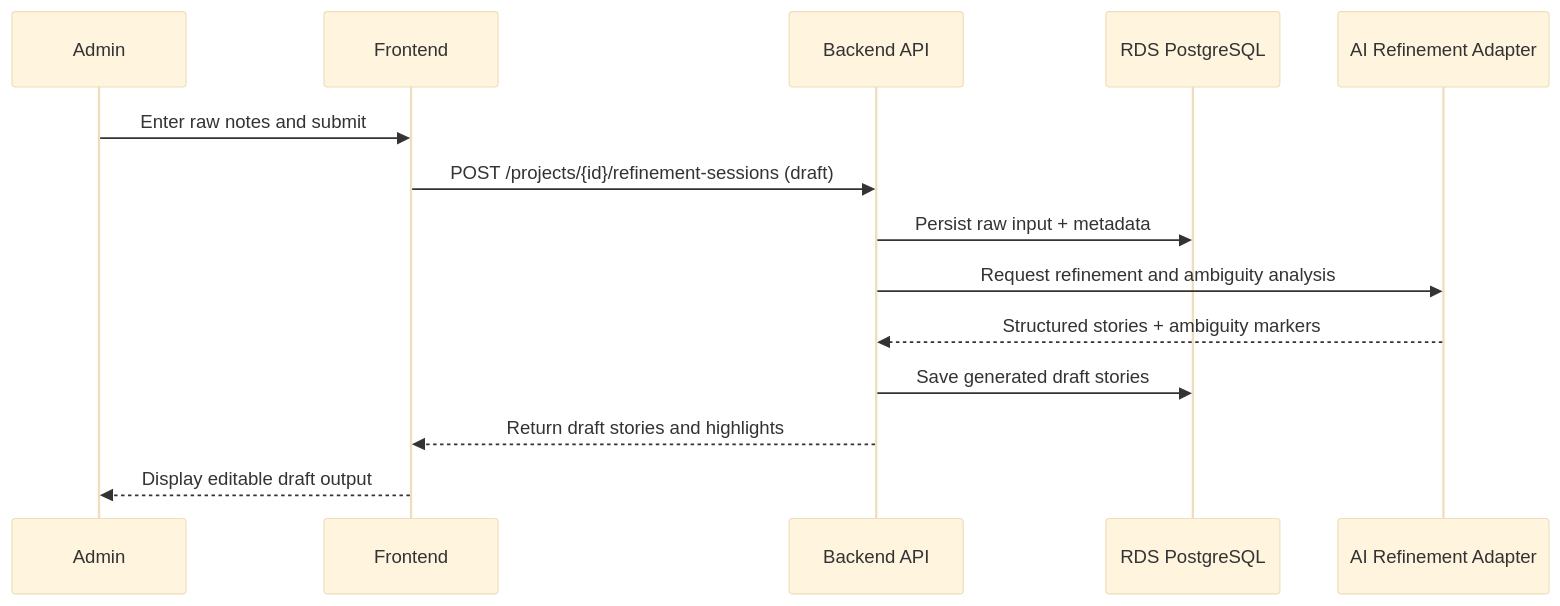
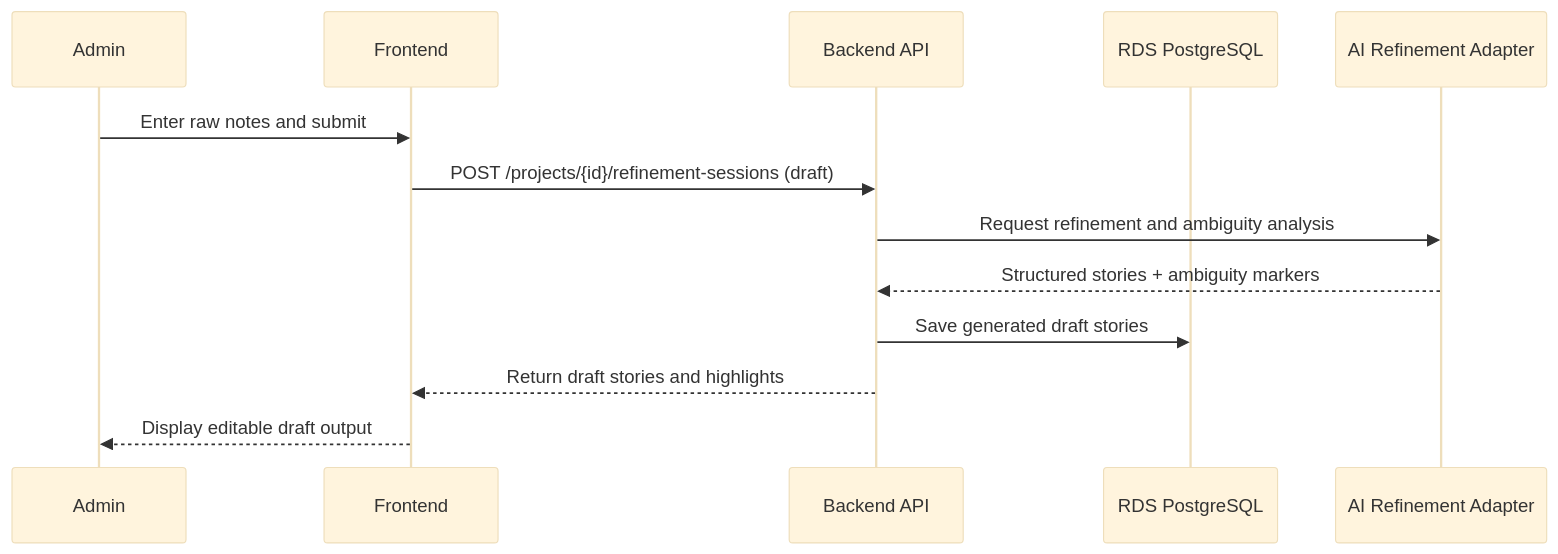
Before and after one commit to alonsovndev/open-projects-hub-docs: the second of 13 diagrams in docs/03-architecture/diagrams/sequence-diagrams.md, drawn with Mermaid (base theme). The commit also changed 1 other file, not shown here.

Commit message:
docs: remove persist raw input + metadata.

````diff
--- a/docs/03-architecture/diagrams/sequence-diagrams.md
+++ b/docs/03-architecture/diagrams/sequence-diagrams.md
@@ -54,17 +54,16 @@
 ```mermaid
 sequenceDiagram
     participant Admin
     participant FE as Frontend
     participant BE as Backend API
     participant DB as RDS PostgreSQL
     participant AI as AI Refinement Adapter
 
     Admin->>FE: Enter raw notes and submit
     FE->>BE: POST /projects/{id}/refinement-sessions (draft)
-    BE->>DB: Persist raw input + metadata
     BE->>AI: Request refinement and ambiguity analysis
     AI-->>BE: Structured stories + ambiguity markers
     BE->>DB: Save generated draft stories
     BE-->>FE: Return draft stories and highlights
     FE-->>Admin: Display editable draft output
 ```
````
